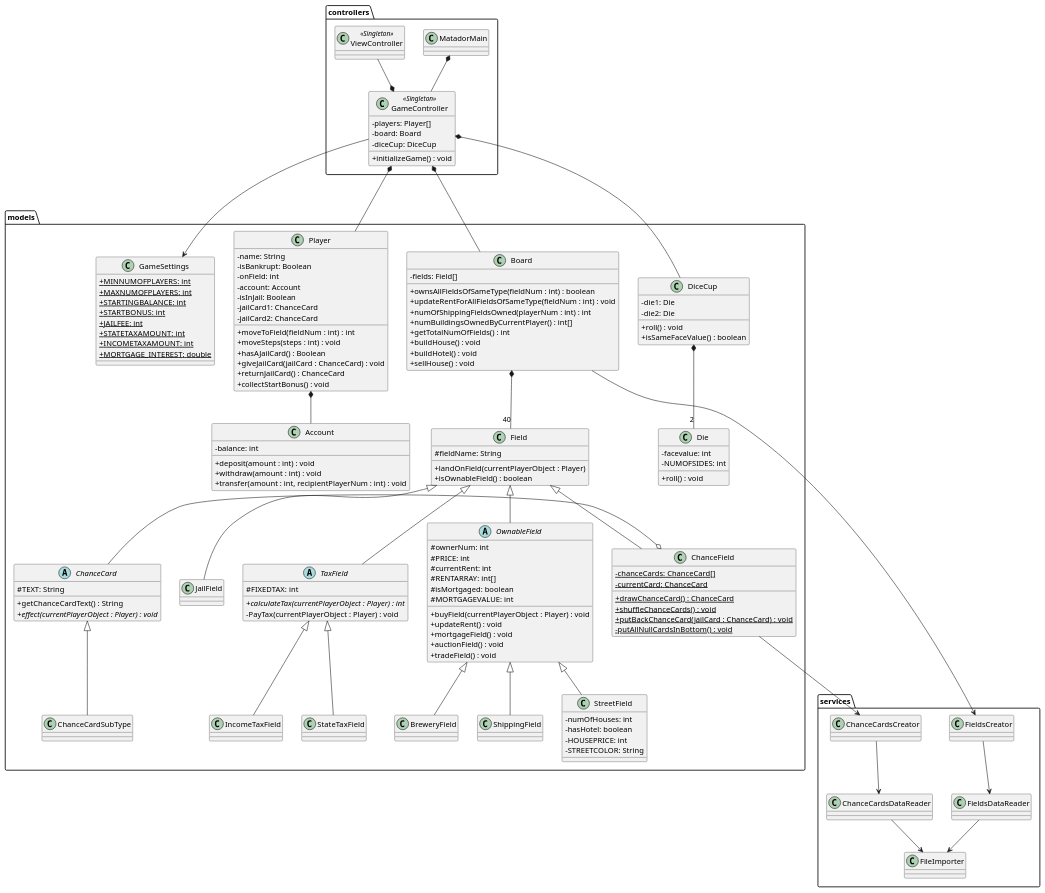
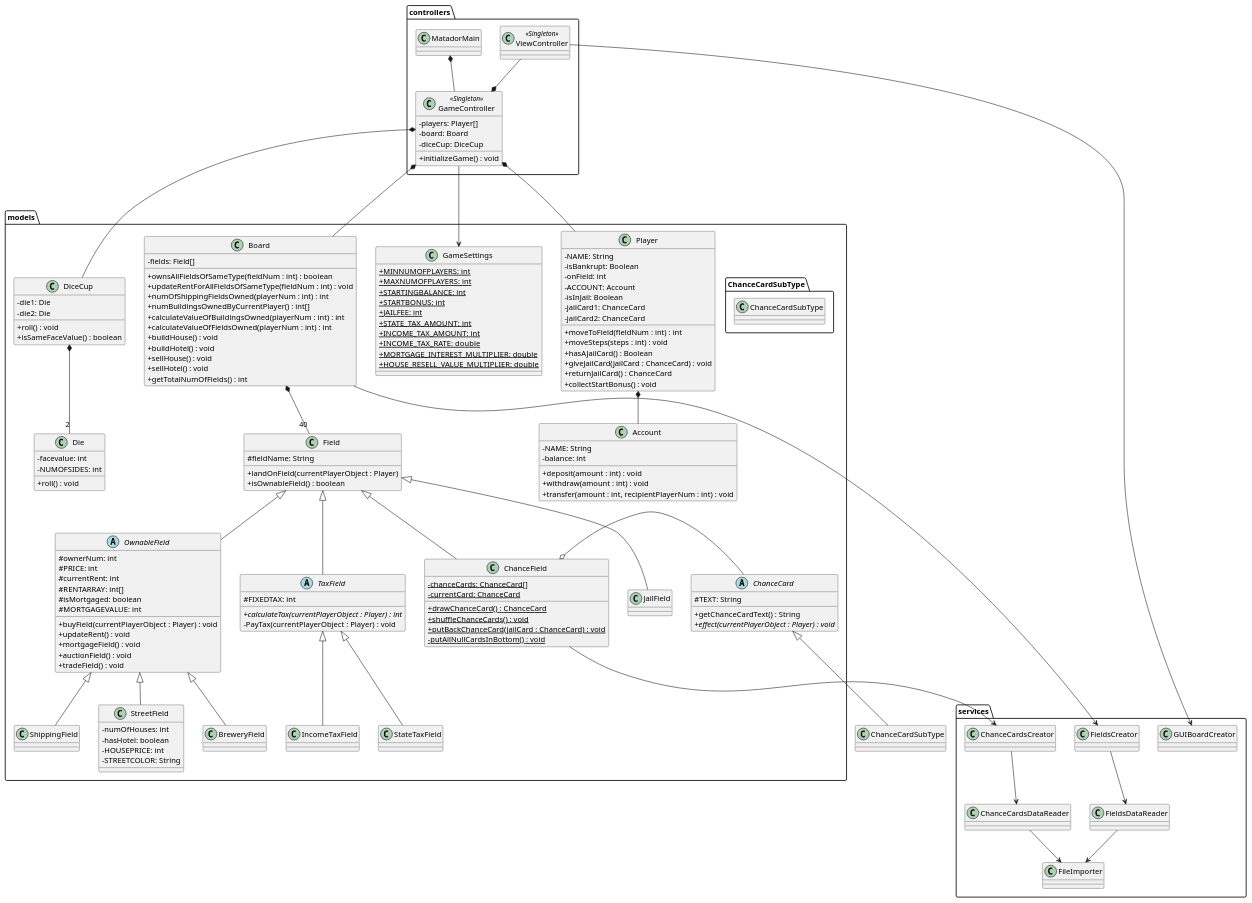
The diagram in 18_final/UML/DesignClassDiagram.puml (GabeKierk889/gruppe-18), drawn with PlantUML before and after one commit. The commit also changed 3 other files, not shown here.

Commit message:
some updates to design class diagram

```diff
--- a/18_final/UML/DesignClassDiagram.puml
+++ b/18_final/UML/DesignClassDiagram.puml
@@ -14,6 +14,8 @@
 }
 class ChanceCardsCreator {
 }
+
+class GUIBoardCreator {}
 
 }
 
@@ -49,16 +51,18 @@
     {static}+STARTINGBALANCE: int
     {static}+STARTBONUS: int
     {static}+JAILFEE: int
-    {static}+STATETAXAMOUNT: int
-    {static}+INCOMETAXAMOUNT: int
-    {static}+MORTGAGE_INTEREST: double
+    {static}+STATE_TAX_AMOUNT: int
+    {static}+INCOME_TAX_AMOUNT: int
+    {static}+INCOME_TAX_RATE: double
+    {static}+MORTGAGE_INTEREST_MULTIPLIER: double
+    {static}+HOUSE_RESELL_VALUE_MULTIPLIER: double
 }
 
 class Player {
-    -name: String
+    -NAME: String
     -isBankrupt: Boolean
     -onField: int
-    -account: Account
+    -ACCOUNT: Account
     -isInJail: Boolean
     -jailCard1: ChanceCard
     -jailCard2: ChanceCard
@@ -78,10 +82,13 @@
     +updateRentForAllFieldsOfSameType(fieldNum : int) : void
     +numOfShippingFieldsOwned(playerNum : int) : int
     +numBuildingsOwnedByCurrentPlayer() : int[]
-    +getTotalNumOfFields() : int
+    +calculateValueOfBuildingsOwned(playerNum : int) : int
+    +calculateValueOfFieldsOwned(playerNum : int) : int
     +buildHouse() : void
     +buildHotel() : void
     +sellHouse() : void
+    +sellHotel() : void
+    +getTotalNumOfFields() : int
 }
 
 class Field {
@@ -92,6 +99,7 @@
 }
 
 class Account {
+    -NAME: String
     -balance: int
 
     +deposit(amount : int) : void
@@ -114,7 +122,9 @@
     +roll() : void
 }
 
+package ChanceCardSubType {
 class ChanceCardSubType {
+}
 }
 
 abstract class ChanceCard {
@@ -191,6 +201,7 @@
 FieldsCreator --> FieldsDataReader
 ChanceCardsCreator --> ChanceCardsDataReader
 ChanceField --> ChanceCardsCreator
+ViewController --> GUIBoardCreator
 Board --> FieldsCreator
 ViewController --* GameController
 GameController --> GameSettings
```
